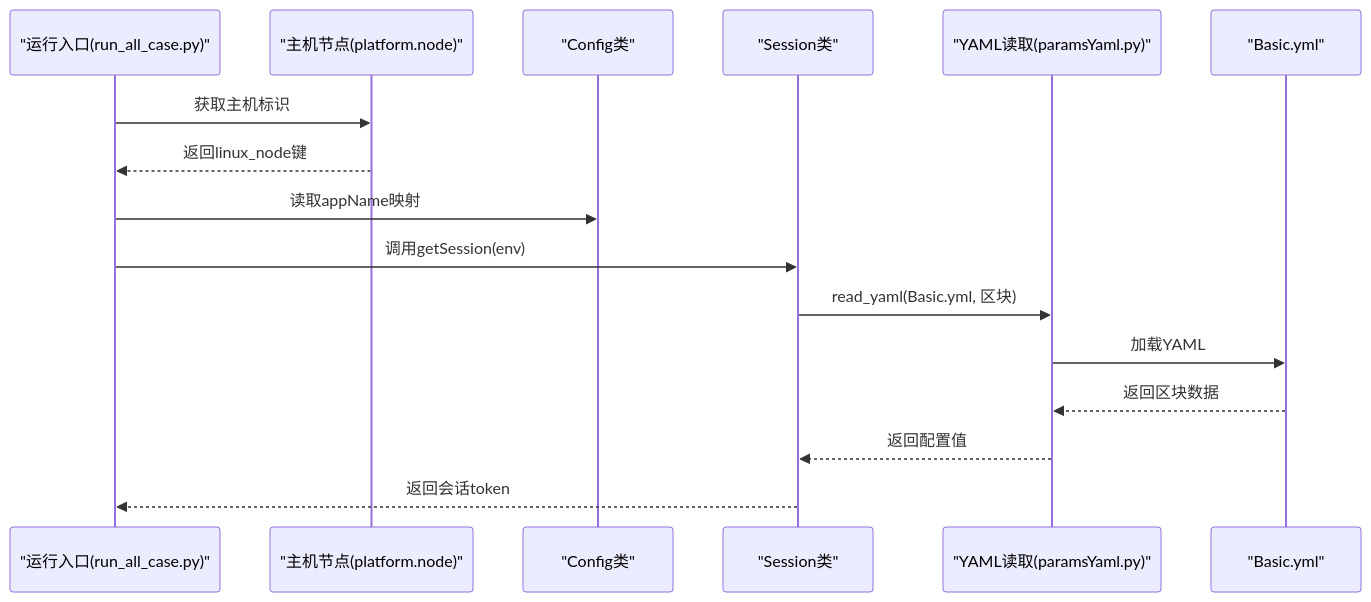
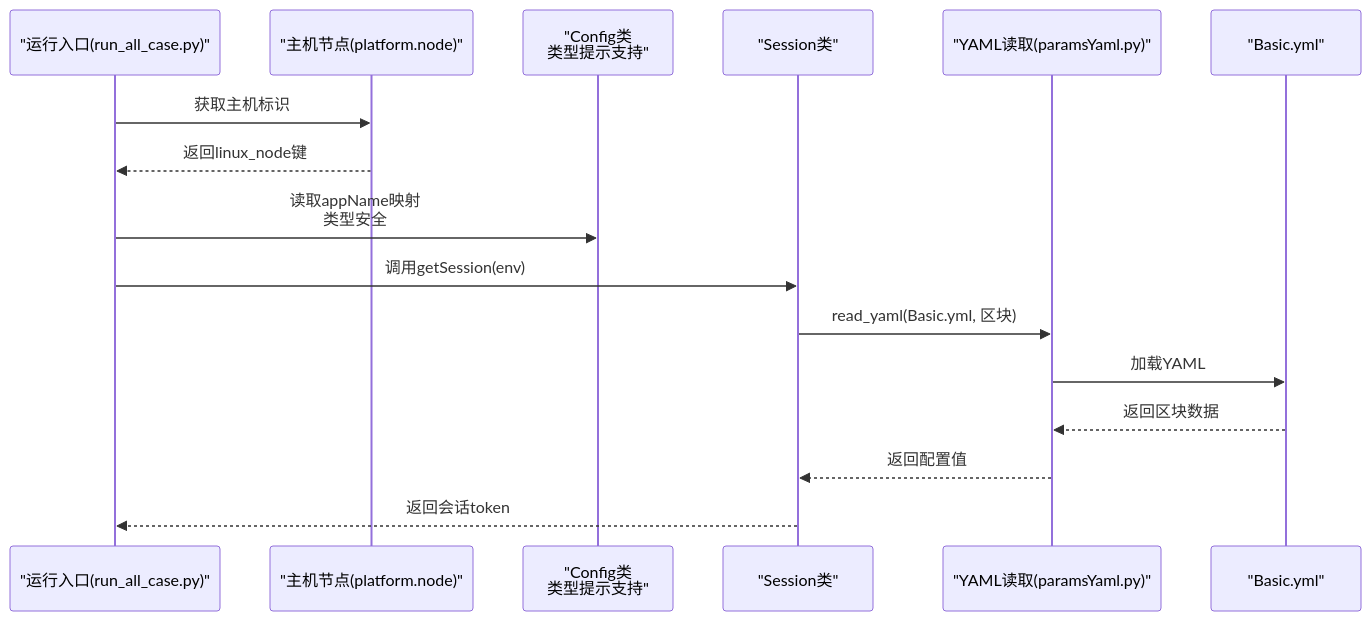
The second of 7 diagrams in .qoder/repowiki/zh/content/核心模块/配置管理模块.md (liximing1-ola/qa-payTest), drawn with Mermaid before and after one commit. The commit also changed other lines of this file and 14 other files, not shown here.

````diff
--- a/.qoder/repowiki/zh/content/核心模块/配置管理模块.md
+++ b/.qoder/repowiki/zh/content/核心模块/配置管理模块.md
@@ -101,18 +107,18 @@
 ```mermaid
 sequenceDiagram
 participant Runner as "运行入口(run_all_case.py)"
 participant Host as "主机节点(platform.node)"
-participant Config as "Config类"
+participant Config as "Config类<br/>类型提示支持"
 participant Session as "Session类"
 participant Yaml as "YAML读取(paramsYaml.py)"
 participant Basic as "Basic.yml"
 Runner->>Host : 获取主机标识
 Host-->>Runner : 返回linux_node键
-Runner->>Config : 读取appName映射
+Runner->>Config : 读取appName映射<br/>类型安全
 Runner->>Session : 调用getSession(env)
 Session->>Yaml : read_yaml(Basic.yml, 区块)
 Yaml->>Basic : 加载YAML
 Basic-->>Yaml : 返回区块数据
 Yaml-->>Session : 返回配置值
 Session-->>Runner : 返回会话token
 ```
````
